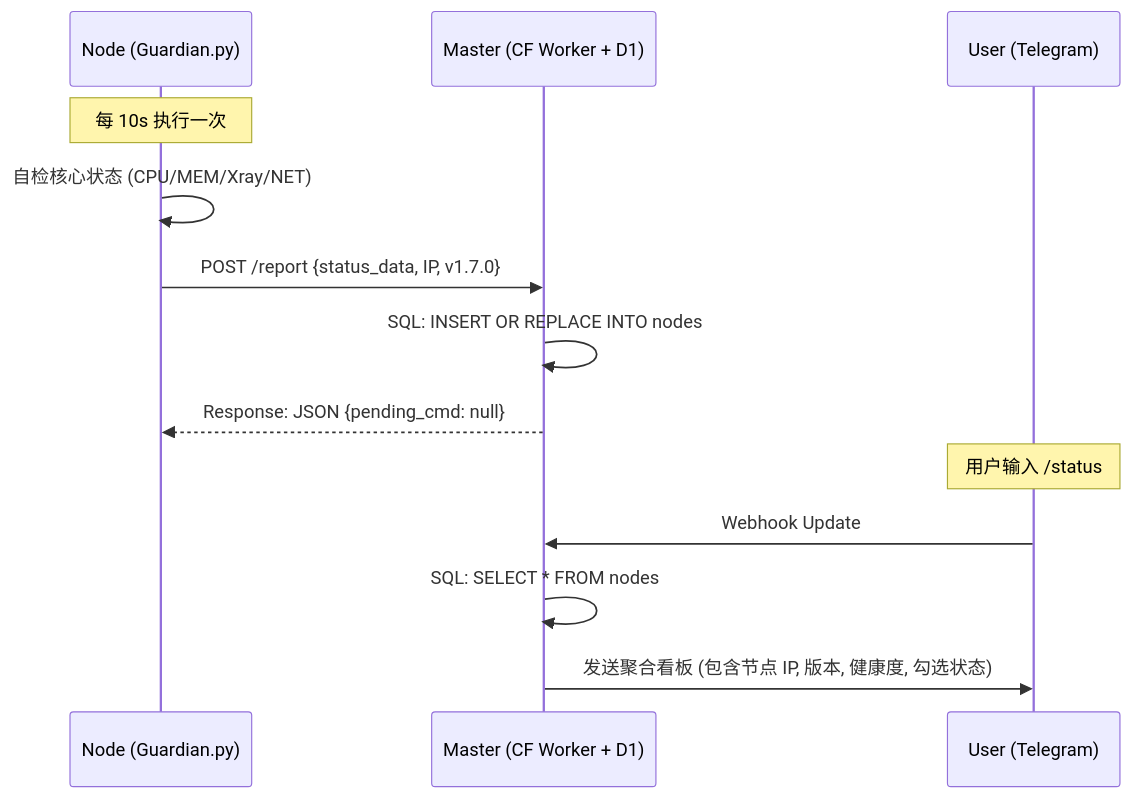
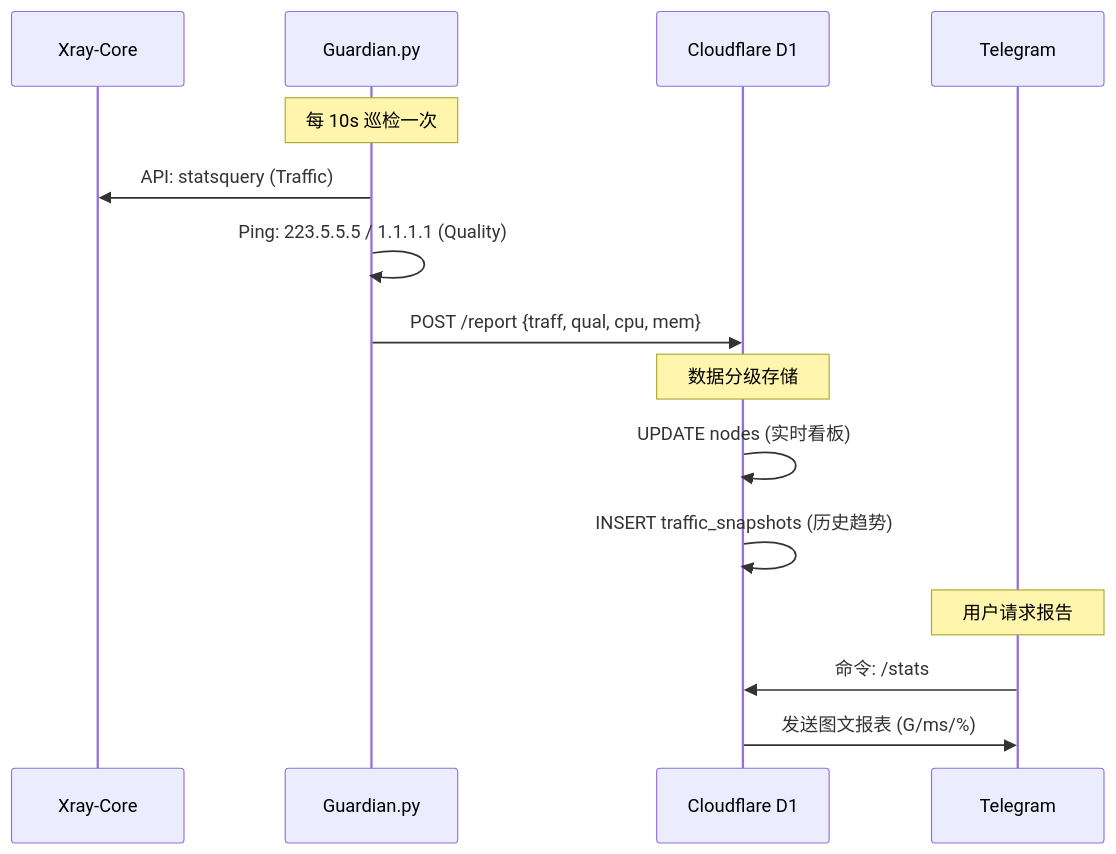
One commit to ecolid/autovpn changed the first of 3 diagrams in TECHNICAL_WORKFLOW.md. Above: the diagram before and after it, drawn with Mermaid. The commit also changed other lines of this file and 1 other file, not shown here.

````diff
--- a/TECHNICAL_WORKFLOW.md
+++ b/TECHNICAL_WORKFLOW.md
@@ -10,17 +10,20 @@
 ```mermaid
 sequenceDiagram
-    participant N as Node (Guardian.py)
-    participant M as Master (CF Worker + D1)
-    participant T as User (Telegram)
+    participant X as Xray-Core
+    participant G as Guardian.py
+    participant D1 as Cloudflare D1
+    participant T as Telegram
 
-    Note over N: 每 10s 执行一次
-    N->>N: 自检核心状态 (CPU/MEM/Xray/NET)
-    N->>M: POST /report {status_data, IP, v1.7.0}
-    M->>M: SQL: INSERT OR REPLACE INTO nodes
-    M-->>N: Response: JSON {pending_cmd: null}
+    Note over G: 每 10s 巡检一次
+    G->>X: API: statsquery (Traffic)
+    G->>G: Ping: 223.5.5.5 / 1.1.1.1 (Quality)
+    G->>D1: POST /report {traff, qual, cpu, mem}
+    
+    Note over D1: 数据分级存储
+    D1->>D1: UPDATE nodes (实时看板)
+    D1->>D1: INSERT traffic_snapshots (历史趋势)
 
-    Note over T: 用户输入 /status
-    T->>M: Webhook Update
-    M->>M: SQL: SELECT * FROM nodes
-    M->>T: 发送聚合看板 (包含节点 IP, 版本, 健康度, 勾选状态)
+    Note over T: 用户请求报告
+    T->>D1: 命令: /stats
+    D1->>T: 发送图文报表 (G/ms/%)
 ```
````
